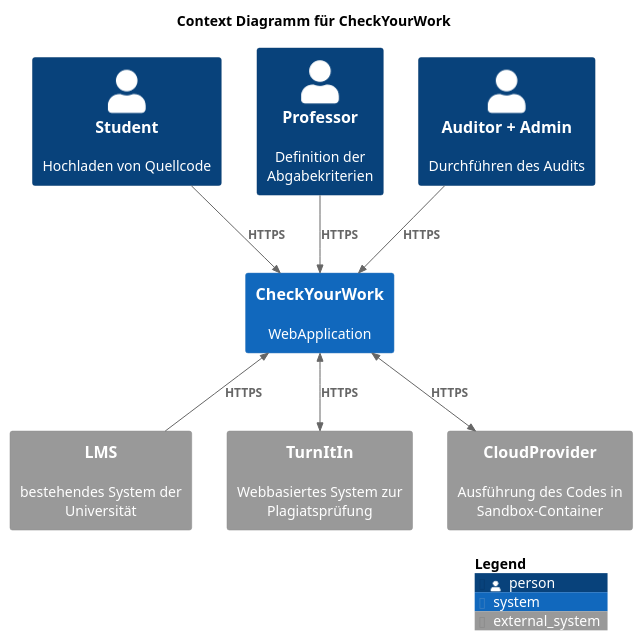
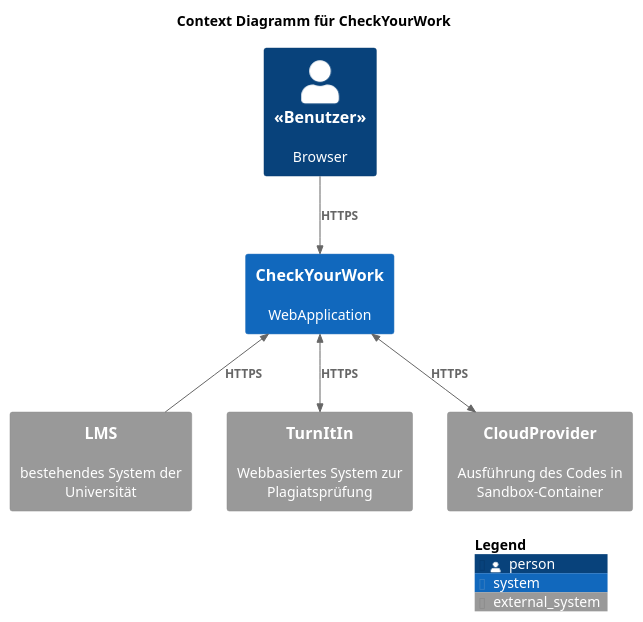
Before and after one commit to marckoch/check-your-work: the first of 3 diagrams in chapter/05_building_block_view.adoc, drawn with PlantUML. The commit also changed other lines of this file and 7 other files, not shown here.

```diff
--- a/chapter/05_building_block_view.adoc
+++ b/chapter/05_building_block_view.adoc
@@ -9,28 +9,24 @@
 [plantuml, target=Bausteinsicht-C4-Ebene1, format=png]
 ....
 @startuml
 !include  <C4/C4_Context.puml>
 
 title Context Diagramm für CheckYourWork
 
-Person(Student, Student, "Hochladen von Quellcode")
-Person(Professor, Professor, "Definition der Abgabekriterien")
-Person(Auditor, Auditor + Admin, "Durchführen des Audits")
+Person(user, <<Benutzer>>, Browser)
 
 System(CheckYourWork, "CheckYourWork", "WebApplication")
 System_Ext(LMS, "LMS", "bestehendes System der Universität")
 System_Ext(TurnItIn, "TurnItIn", "Webbasiertes System zur Plagiatsprüfung")
 System_Ext(CloudProvider, "CloudProvider", "Ausführung des Codes in Sandbox-Container")
 
-Rel_D(Student, CheckYourWork, HTTPS)
-Rel_D(Professor, CheckYourWork, HTTPS)
-Rel_D(Auditor, CheckYourWork, HTTPS)
+Rel_D(user, CheckYourWork, HTTPS)
 
 Rel_U(LMS, CheckYourWork, HTTPS)
 BiRel_D(CheckYourWork, TurnItIn, HTTPS)
 BiRel_D(CheckYourWork, CloudProvider, HTTPS)
 
 SHOW_LEGEND()
 
 @enduml
 ....
```
